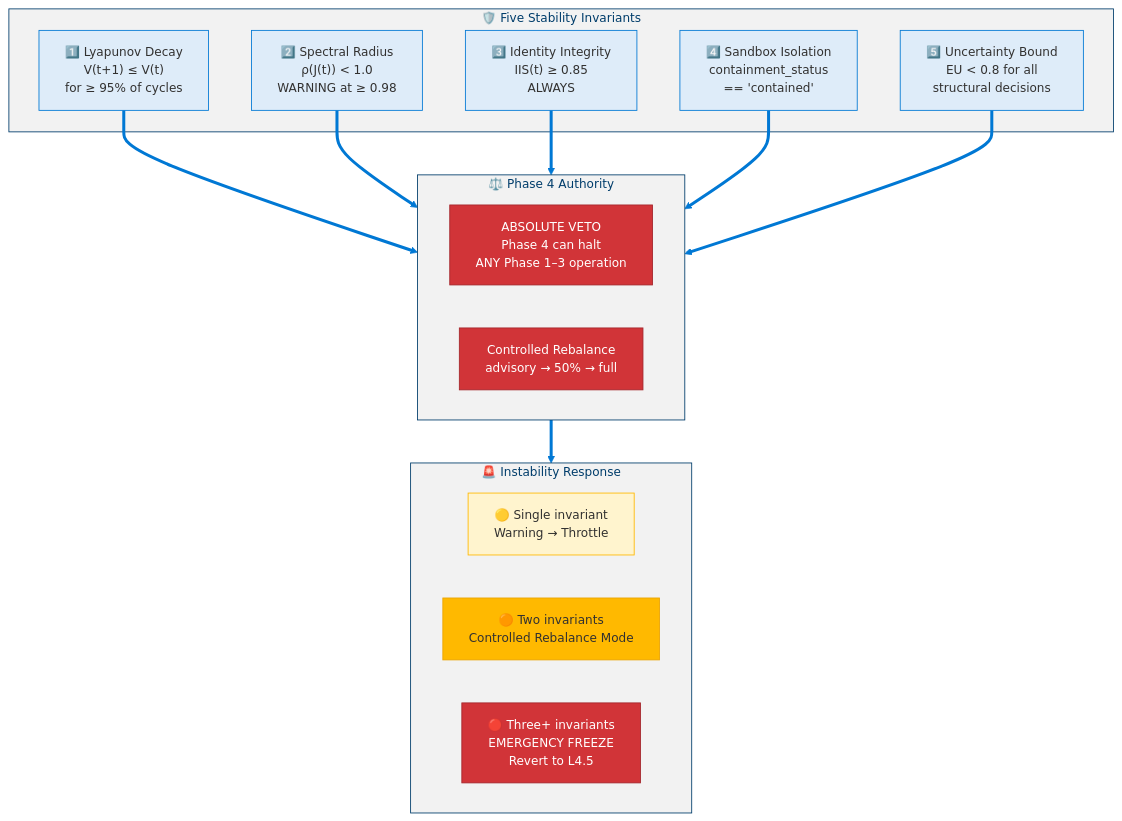
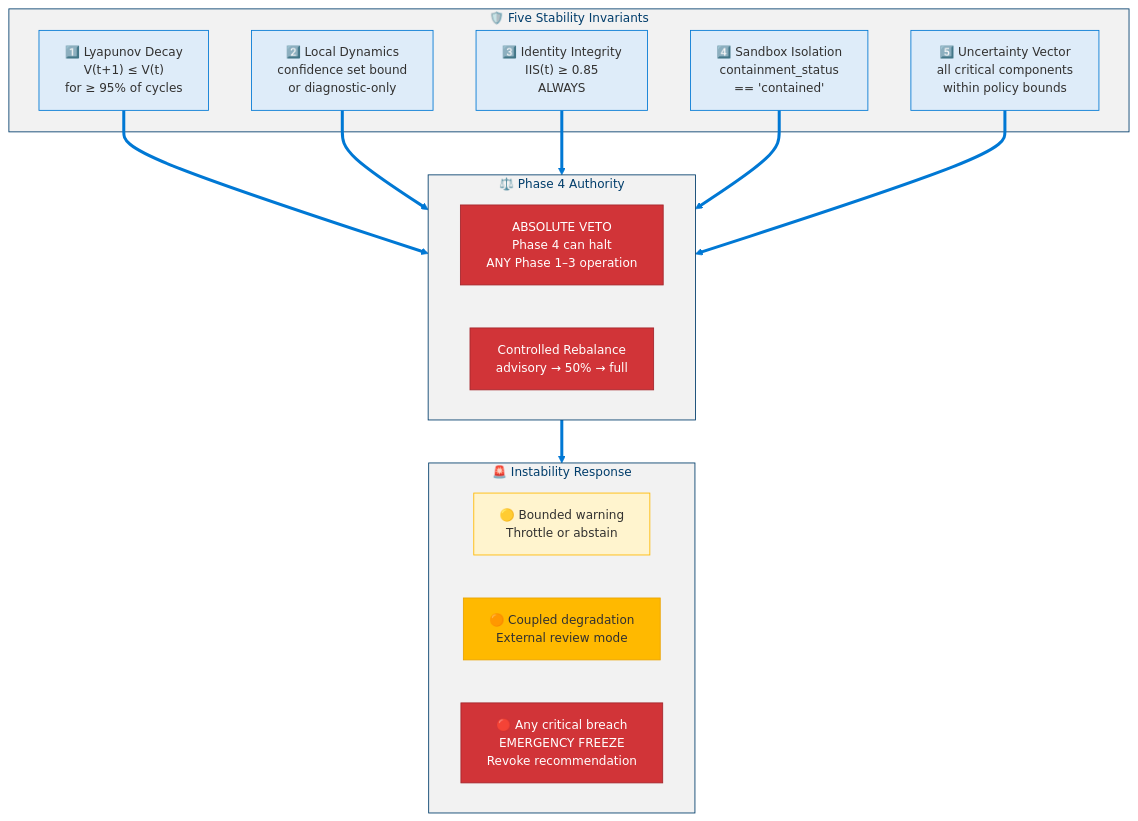
Diagram 13 of 17 in docs/levels/Level_4_8_Strategic_Self_Modeling.md (dotnetpower/mscp), drawn with Mermaid before and after one commit. The commit also changed other lines of this file and 21 other files, not shown here.

````diff
--- a/docs/levels/Level_4_8_Strategic_Self_Modeling.md
+++ b/docs/levels/Level_4_8_Strategic_Self_Modeling.md
@@ -629,35 +646,35 @@
 ```mermaid
 %%{init: {'theme': 'base', 'themeVariables': {'primaryColor': '#0078D4', 'primaryTextColor': '#003D6B', 'primaryBorderColor': '#003D6B', 'secondaryColor': '#50E6FF', 'secondaryTextColor': '#323130', 'secondaryBorderColor': '#00BCF2', 'tertiaryColor': '#F2F2F2', 'tertiaryTextColor': '#323130', 'lineColor': '#0078D4', 'textColor': '#323130', 'mainBkg': '#DEECF9', 'nodeBorder': '#0078D4', 'clusterBkg': '#F2F2F2', 'clusterBorder': '#003D6B', 'titleColor': '#003D6B', 'edgeLabelBackground': '#FFFFFF', 'fontSize': '14px'}}}%%
 flowchart TD
   classDef inv fill:#DEECF9,stroke:#0078D4,color:#323130
   classDef veto fill:#D13438,stroke:#A4262C,color:#FFF
   classDef sev1 fill:#FFF4CE,stroke:#FFB900,color:#323130
   classDef sev2 fill:#FFB900,stroke:#EAA300,color:#323130
   classDef sev3 fill:#D13438,stroke:#A4262C,color:#FFF
 
   subgraph Invariants["🛡️ Five Stability Invariants"]
     INV1["1️⃣ Lyapunov Decay<br/>V(t+1) ≤ V(t)<br/>for ≥ 95% of cycles"]:::inv
-    INV2["2️⃣ Spectral Radius<br/>ρ(J(t)) < 1.0<br/>WARNING at ≥ 0.98"]:::inv
+    INV2["2️⃣ Local Dynamics<br/>confidence set bound<br/>or diagnostic-only"]:::inv
     INV3["3️⃣ Identity Integrity<br/>IIS(t) ≥ 0.85<br/>ALWAYS"]:::inv
     INV4["4️⃣ Sandbox Isolation<br/>containment_status<br/>== 'contained'"]:::inv
-    INV5["5️⃣ Uncertainty Bound<br/>EU < 0.8 for all<br/>structural decisions"]:::inv
+    INV5["5️⃣ Uncertainty Vector<br/>all critical components<br/>within policy bounds"]:::inv
   end
 
   subgraph Authority["⚖️ Phase 4 Authority"]
     VETO["ABSOLUTE VETO<br/>Phase 4 can halt<br/>ANY Phase 1–3 operation"]:::veto
     REBAL["Controlled Rebalance<br/>advisory → 50% → full"]:::veto
   end
 
   subgraph Response["🚨 Instability Response"]
-    SEV1["🟡 Single invariant<br/>Warning → Throttle"]:::sev1
-    SEV2["🟠 Two invariants<br/>Controlled Rebalance Mode"]:::sev2
-    SEV3["🔴 Three+ invariants<br/>EMERGENCY FREEZE<br/>Revert to L4.5"]:::sev3
+    SEV1["🟡 Bounded warning<br/>Throttle or abstain"]:::sev1
+    SEV2["🟠 Coupled degradation<br/>External review mode"]:::sev2
+    SEV3["🔴 Any critical breach<br/>EMERGENCY FREEZE<br/>Revoke recommendation"]:::sev3
   end
 
   INV1 ==> Authority
   INV2 ==> Authority
   INV3 ==> Authority
   INV4 ==> Authority
   INV5 ==> Authority
   Authority ==> Response
 ```
````
